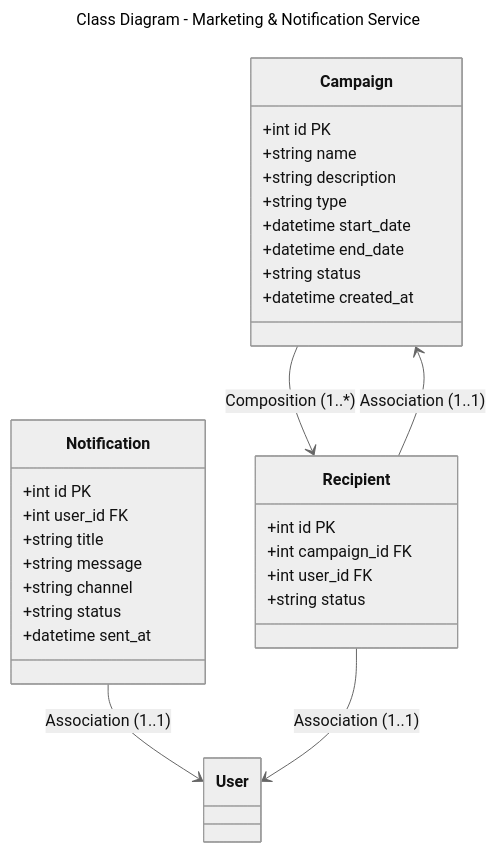
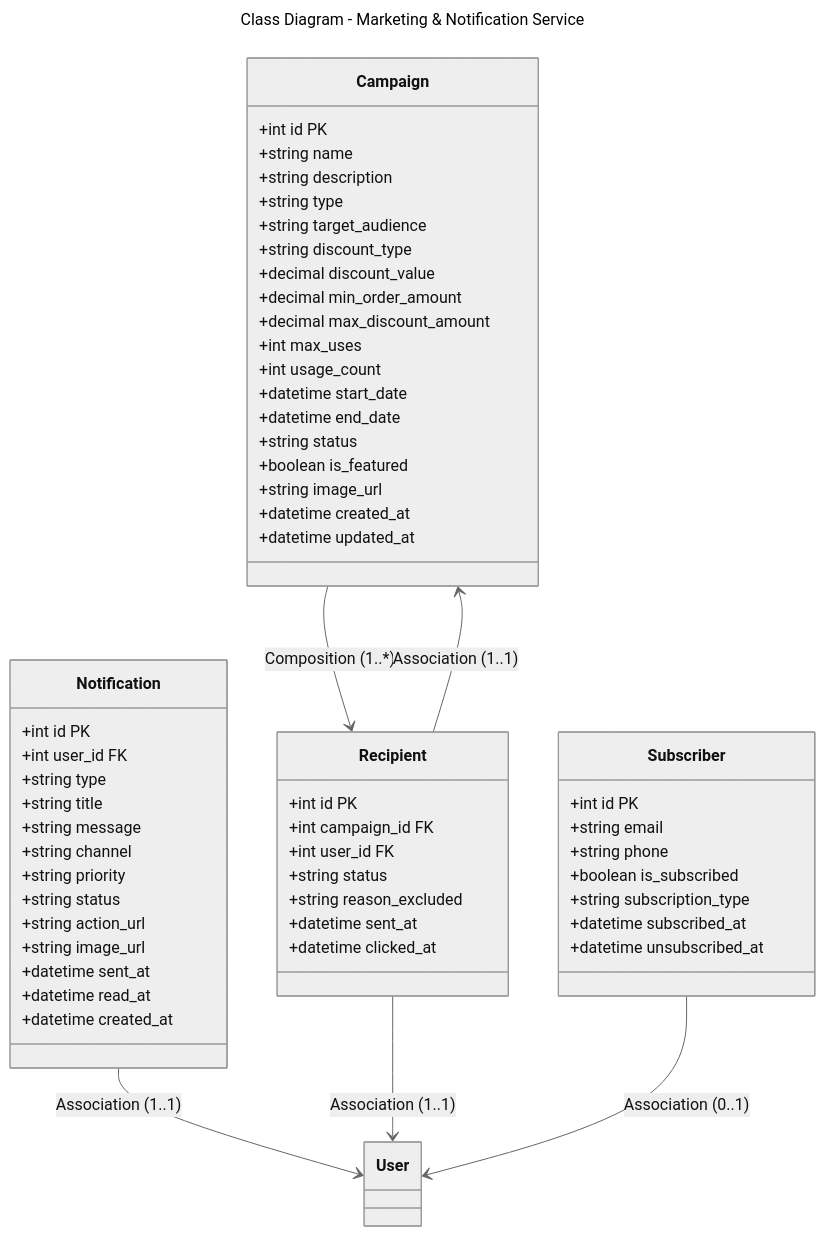
The diagram in docs/diagrams/class/marketing-service.md (Trannaaanhh/ecom), drawn with Mermaid (neutral theme) before and after one commit. The commit also changed other lines of this file and 10 other files, not shown here.

Commit message:
update diagrams

````diff
--- a/docs/diagrams/class/marketing-service.md
+++ b/docs/diagrams/class/marketing-service.md
@@ -1,38 +1,68 @@
 ```mermaid
 ---
 title: Class Diagram - Marketing & Notification Service
 ---
 classDiagram
     class Campaign {
         +int id PK
         +string name
         +string description
         +string type
+        +string target_audience
+        +string discount_type
+        +decimal discount_value
+        +decimal min_order_amount
+        +decimal max_discount_amount
+        +int max_uses
+        +int usage_count
         +datetime start_date
         +datetime end_date
         +string status
+        +boolean is_featured
+        +string image_url
         +datetime created_at
+        +datetime updated_at
     }
     
     class Notification {
         +int id PK
         +int user_id FK
+        +string type
         +string title
         +string message
         +string channel
+        +string priority
         +string status
+        +string action_url
+        +string image_url
         +datetime sent_at
+        +datetime read_at
+        +datetime created_at
     }
     
     class Recipient {
         +int id PK
         +int campaign_id FK
         +int user_id FK
         +string status
+        +string reason_excluded
+        +datetime sent_at
+        +datetime clicked_at
+    }
+    
+    class Subscriber {
+        +int id PK
+        +string email
+        +string phone
+        +boolean is_subscribed
+        +string subscription_type
+        +datetime subscribed_at
+        +datetime unsubscribed_at
     }
     
     Campaign --> Recipient : Composition (1..*)
     Notification --> User : Association (1..1)
     Recipient --> User : Association (1..1)
     Recipient --> Campaign : Association (1..1)
+    Subscriber --> User : Association (0..1)
 ```
````
